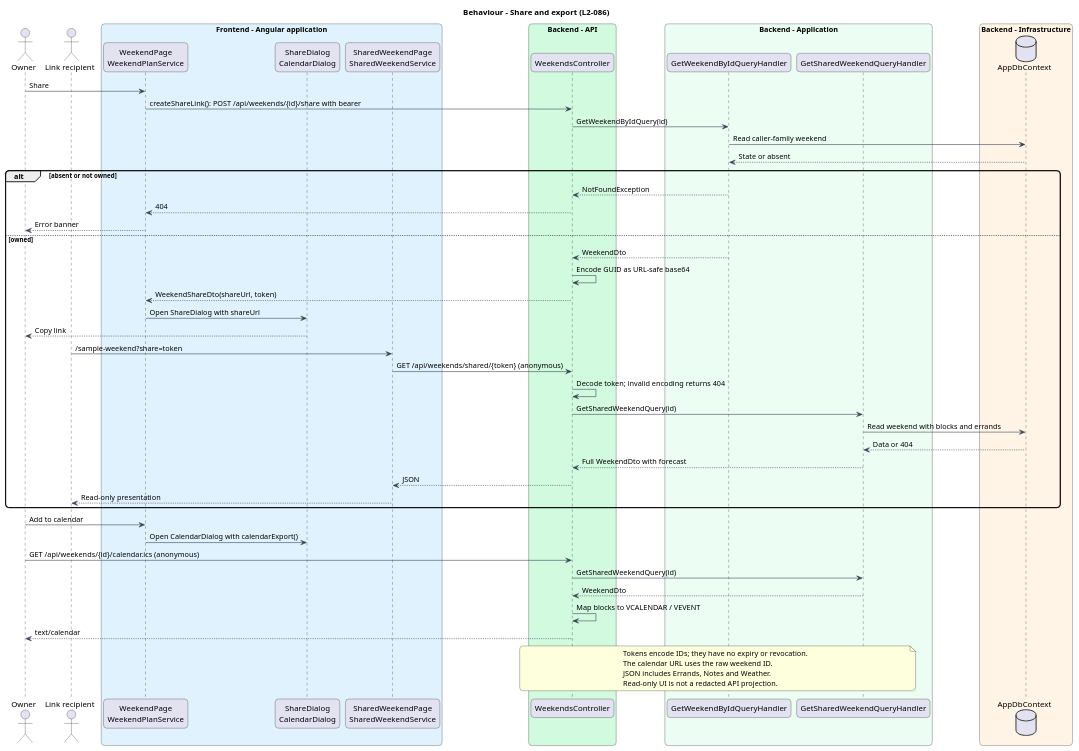
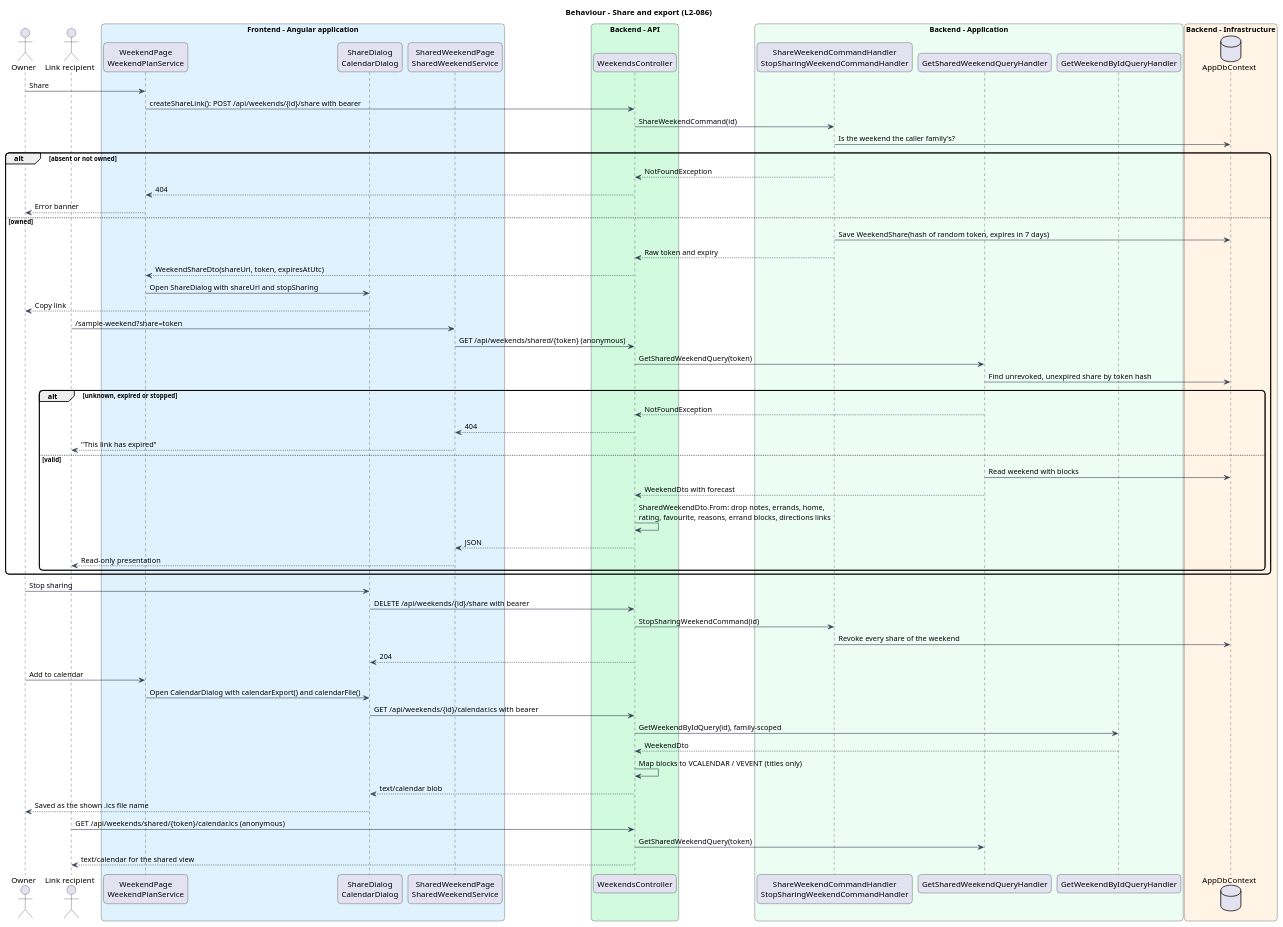
Before and after one commit to QuinntyneBrown/saturdaze: the diagram in docs/detailed-designs/weekend-planning/generate-current-weekend/diagrams/sequence-share.puml, drawn with PlantUML. The commit also changed 42 other files, not shown here.

First line of the commit message:
Share weekends through expiring, revocable links that reveal only the plan (L2-086)

```diff
--- a/docs/detailed-designs/weekend-planning/generate-current-weekend/diagrams/sequence-share.puml
+++ b/docs/detailed-designs/weekend-planning/generate-current-weekend/diagrams/sequence-share.puml
@@ -1,64 +1,73 @@
 @startuml
 skinparam backgroundColor #FFFFFF
 skinparam shadowing false
 skinparam roundcorner 12
 skinparam defaultFontName Arial
 skinparam ArrowColor #344054
 
 title Behaviour - Share and export (L2-086)
 actor Owner as owner
 actor "Link recipient" as recipient
 box "Frontend - Angular application" #E0F2FE
  participant "WeekendPage\nWeekendPlanService" as page
  participant "ShareDialog\nCalendarDialog" as dialog
  participant "SharedWeekendPage\nSharedWeekendService" as sharedPage
 end box
 box "Backend - API" #D1FADF
  participant WeekendsController as controller
 end box
 box "Backend - Application" #ECFDF3
+ participant "ShareWeekendCommandHandler\nStopSharingWeekendCommandHandler" as minting
+ participant "GetSharedWeekendQueryHandler" as shared
  participant "GetWeekendByIdQueryHandler" as owned
- participant "GetSharedWeekendQueryHandler" as shared
 end box
 box "Backend - Infrastructure" #FFF4E5
  database AppDbContext as db
 end box
 owner -> page : Share
 page -> controller : createShareLink(): POST /api/weekends/{id}/share with bearer
-controller -> owned : GetWeekendByIdQuery(id)
-owned -> db : Read caller-family weekend
-db --> owned : State or absent
+controller -> minting : ShareWeekendCommand(id)
+minting -> db : Is the weekend the caller family's?
 alt absent or not owned
- owned --> controller : NotFoundException
+ minting --> controller : NotFoundException
  controller --> page : 404
  page --> owner : Error banner
 else owned
- owned --> controller : WeekendDto
- controller -> controller : Encode GUID as URL-safe base64
- controller --> page : WeekendShareDto(shareUrl, token)
- page -> dialog : Open ShareDialog with shareUrl
+ minting -> db : Save WeekendShare(hash of random token, expires in 7 days)
+ minting --> controller : Raw token and expiry
+ controller --> page : WeekendShareDto(shareUrl, token, expiresAtUtc)
+ page -> dialog : Open ShareDialog with shareUrl and stopSharing
  dialog --> owner : Copy link
  recipient -> sharedPage : /sample-weekend?share=token
  sharedPage -> controller : GET /api/weekends/shared/{token} (anonymous)
- controller -> controller : Decode token; invalid encoding returns 404
- controller -> shared : GetSharedWeekendQuery(id)
- shared -> db : Read weekend with blocks and errands
- db --> shared : Data or 404
- shared --> controller : Full WeekendDto with forecast
- controller --> sharedPage : JSON
- sharedPage --> recipient : Read-only presentation
+ controller -> shared : GetSharedWeekendQuery(token)
+ shared -> db : Find unrevoked, unexpired share by token hash
+ alt unknown, expired or stopped
+  shared --> controller : NotFoundException
+  controller --> sharedPage : 404
+  sharedPage --> recipient : "This link has expired"
+ else valid
+  shared -> db : Read weekend with blocks
+  shared --> controller : WeekendDto with forecast
+  controller -> controller : SharedWeekendDto.From: drop notes, errands, home,\nrating, favourite, reasons, errand blocks, directions links
+  controller --> sharedPage : JSON
+  sharedPage --> recipient : Read-only presentation
+ end
 end
+owner -> dialog : Stop sharing
+dialog -> controller : DELETE /api/weekends/{id}/share with bearer
+controller -> minting : StopSharingWeekendCommand(id)
+minting -> db : Revoke every share of the weekend
+controller --> dialog : 204
 owner -> page : Add to calendar
-page -> dialog : Open CalendarDialog with calendarExport()
-owner -> controller : GET /api/weekends/{id}/calendar.ics (anonymous)
-controller -> shared : GetSharedWeekendQuery(id)
-shared --> controller : WeekendDto
-controller -> controller : Map blocks to VCALENDAR / VEVENT
-controller --> owner : text/calendar
-note over controller, shared
-Tokens encode IDs; they have no expiry or revocation.
-The calendar URL uses the raw weekend ID.
-JSON includes Errands, Notes and Weather.
-Read-only UI is not a redacted API projection.
-end note
+page -> dialog : Open CalendarDialog with calendarExport() and calendarFile()
+dialog -> controller : GET /api/weekends/{id}/calendar.ics with bearer
+controller -> owned : GetWeekendByIdQuery(id), family-scoped
+owned --> controller : WeekendDto
+controller -> controller : Map blocks to VCALENDAR / VEVENT (titles only)
+controller --> dialog : text/calendar blob
+dialog --> owner : Saved as the shown .ics file name
+recipient -> controller : GET /api/weekends/shared/{token}/calendar.ics (anonymous)
+controller -> shared : GetSharedWeekendQuery(token)
+controller --> recipient : text/calendar for the shared view
 @enduml
```
